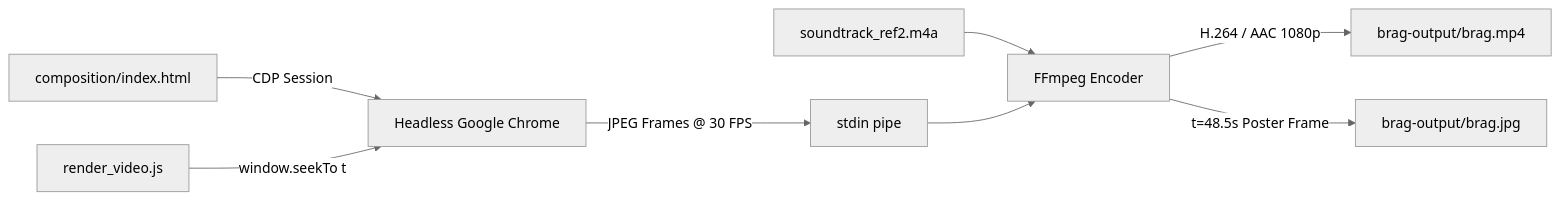
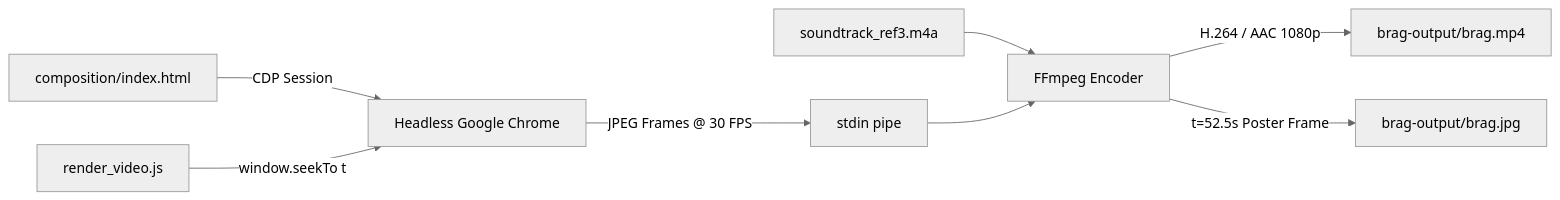
The diagram in README.md (MdKasif0/iWriteTech-Video), drawn with Mermaid (neutral theme) before and after one commit. The commit also changed other lines of this file and 5 other files, not shown here.

````diff
--- a/README.md
+++ b/README.md
@@ -94,10 +93,10 @@
 ```mermaid
 graph LR
     HTML[composition/index.html] -->|CDP Session| Chrome[Headless Google Chrome]
     Script[render_video.js] -->|window.seekTo t | Chrome
     Chrome -->|JPEG Frames @ 30 FPS| Pipe[stdin pipe]
-    Audio[soundtrack_ref2.m4a] --> FFmpeg[FFmpeg Encoder]
+    Audio[soundtrack_ref3.m4a] --> FFmpeg[FFmpeg Encoder]
     Pipe --> FFmpeg
     FFmpeg -->|H.264 / AAC 1080p| MP4[brag-output/brag.mp4]
-    FFmpeg -->|t=48.5s Poster Frame| Poster[brag-output/brag.jpg]
+    FFmpeg -->|t=52.5s Poster Frame| Poster[brag-output/brag.jpg]
 ```
````
